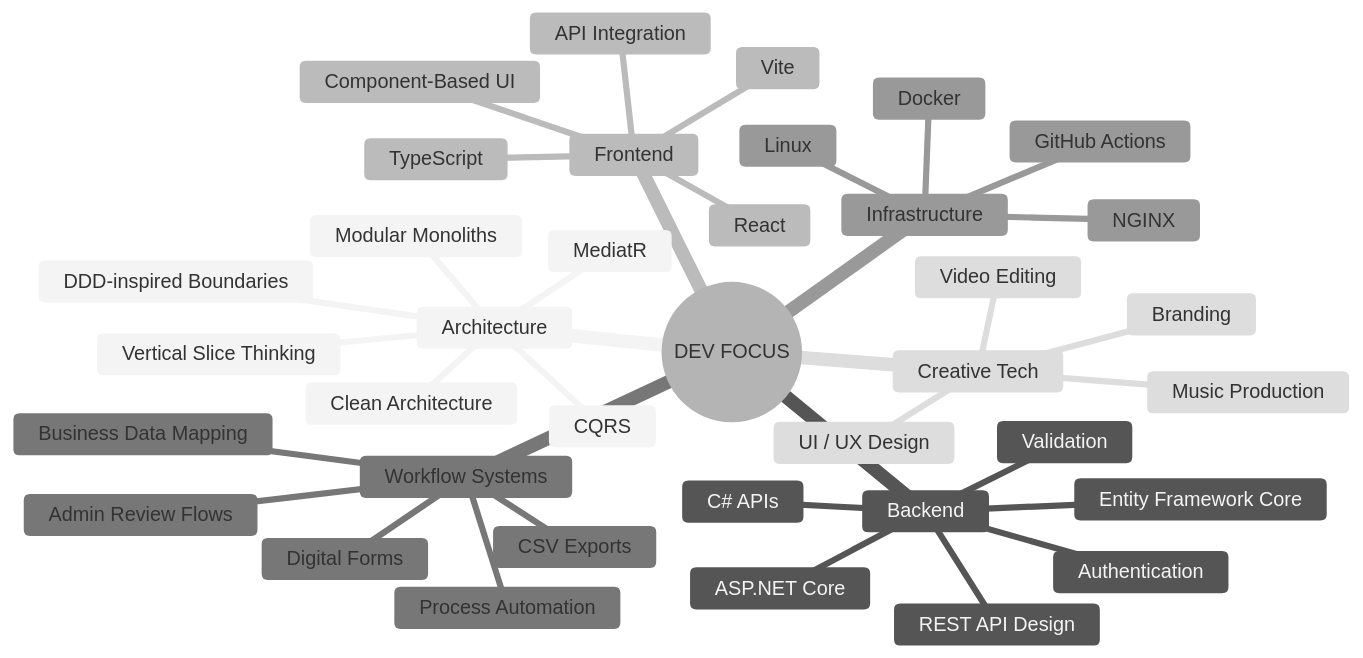
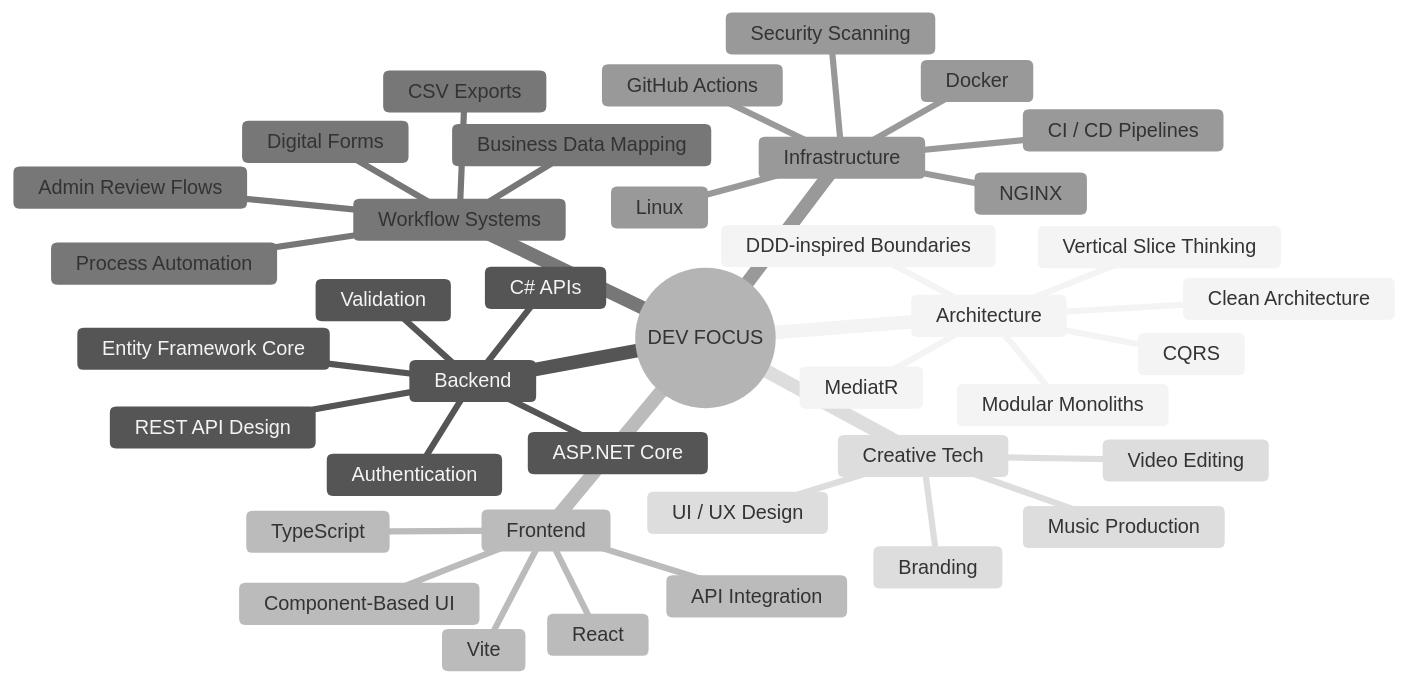
The diagram in README.md (wizard-nazim/wizard-nazim), drawn with Mermaid (neutral theme) before and after one commit. The commit also changed other lines of this file, not shown here.

````diff
--- a/README.md
+++ b/README.md
@@ -131,45 +139,47 @@
 ```mermaid
 mindmap
   root((DEV FOCUS))
     Architecture
       Clean Architecture
       Modular Monoliths
       CQRS
       DDD-inspired Boundaries
       MediatR
       Vertical Slice Thinking
 
     Backend
       ASP.NET Core
       C# APIs
       REST API Design
       Entity Framework Core
       Authentication
       Validation
 
     Frontend
       React
       TypeScript
       Vite
       API Integration
       Component-Based UI
 
     Workflow Systems
       Digital Forms
       Admin Review Flows
       CSV Exports
       Business Data Mapping
       Process Automation
 
     Infrastructure
       Linux
       GitHub Actions
+      CI / CD Pipelines
       Docker
       NGINX
+      Security Scanning
 
     Creative Tech
       UI / UX Design
       Branding
       Music Production
       Video Editing
 ```
````
